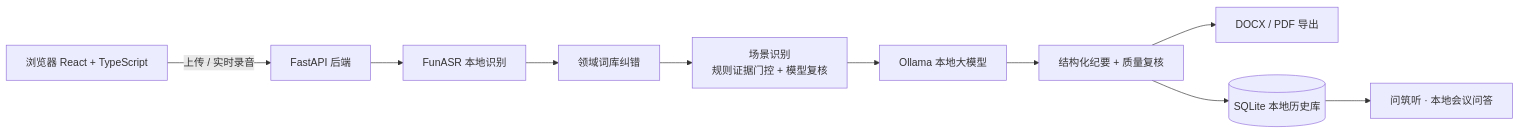
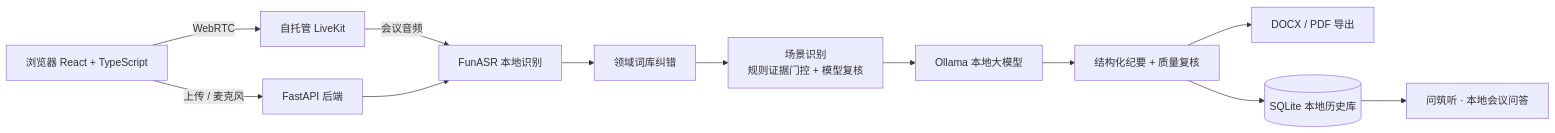
One commit to wenxuanzhang1209-cyber/jkinco-listen-open changed the diagram in docs/ARCHITECTURE.md. Above: the diagram before and after it, drawn with Mermaid. The commit also changed other lines of this file and 62 other files, not shown here.

````diff
--- a/docs/ARCHITECTURE.md
+++ b/docs/ARCHITECTURE.md
@@ -5,12 +5,14 @@
 ```mermaid
 flowchart LR
-    U[浏览器 React + TypeScript] -->|上传 / 实时录音| API[FastAPI 后端]
-    API --> ASR[FunASR 本地识别]
+    U[浏览器 React + TypeScript] -->|WebRTC| LK[自托管 LiveKit]
+    U -->|上传 / 麦克风| API[FastAPI 后端]
+    LK -->|会议音频| ASR[FunASR 本地识别]
+    API --> ASR
     ASR --> LEX[领域词库纠错]
     LEX --> CLS[场景识别<br/>规则证据门控 + 模型复核]
     CLS --> LLM[Ollama 本地大模型]
     LLM --> MIN[结构化纪要 + 质量复核]
     MIN --> EXP[DOCX / PDF 导出]
     MIN --> DB[(SQLite 本地历史库)]
     DB --> QA[问筑听 · 本地会议问答]
 ```
````
